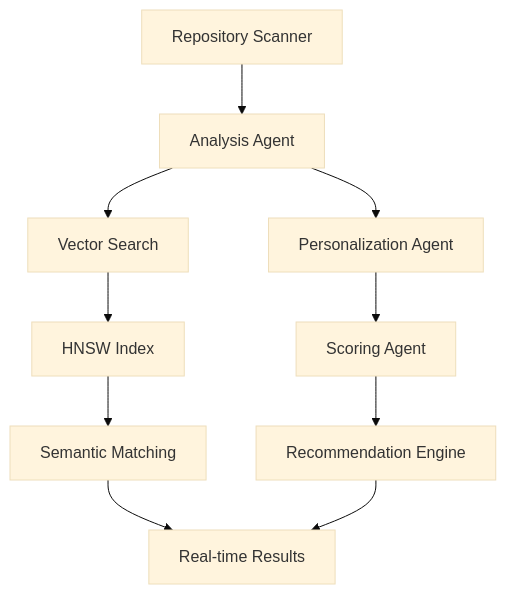
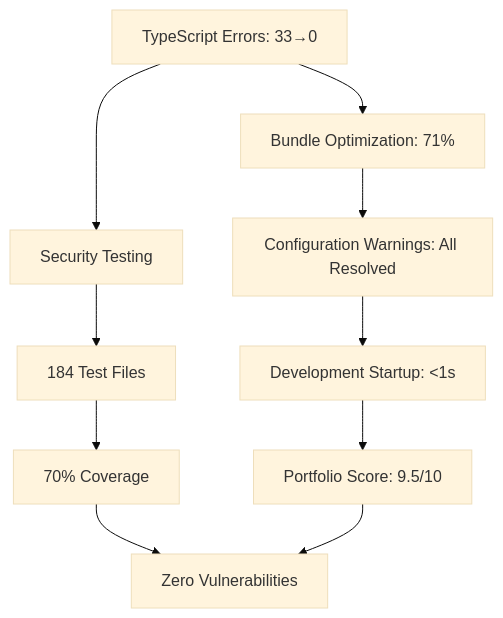
One commit to BjornMelin/contribux changed the first of 2 diagrams in planning/master_report.md. Above: the diagram before and after it, drawn with Mermaid (base theme). The commit also changed other lines of this file and 1 other file, not shown here.

````diff
--- a/planning/master_report.md
+++ b/planning/master_report.md
@@ -57,14 +62,14 @@
 ```mermaid
 graph TB
-    A[Repository Scanner] --> B[Analysis Agent]
-    B --> C[Personalization Agent]
-    C --> D[Scoring Agent]
-    D --> E[Recommendation Engine]
+    A[TypeScript Errors: 33→0] --> B[Bundle Optimization: 71%]
+    B --> C[Configuration Warnings: All Resolved]
+    C --> D[Development Startup: <1s]
+    D --> E[Portfolio Score: 9.5/10]
     
-    F[Vector Search] --> G[HNSW Index]
-    G --> H[Semantic Matching]
-    H --> I[Real-time Results]
+    F[Security Testing] --> G[184 Test Files]
+    G --> H[70% Coverage]
+    H --> I[Zero Vulnerabilities]
     
-    B --> F
+    A --> F
     E --> I
 ```
````
